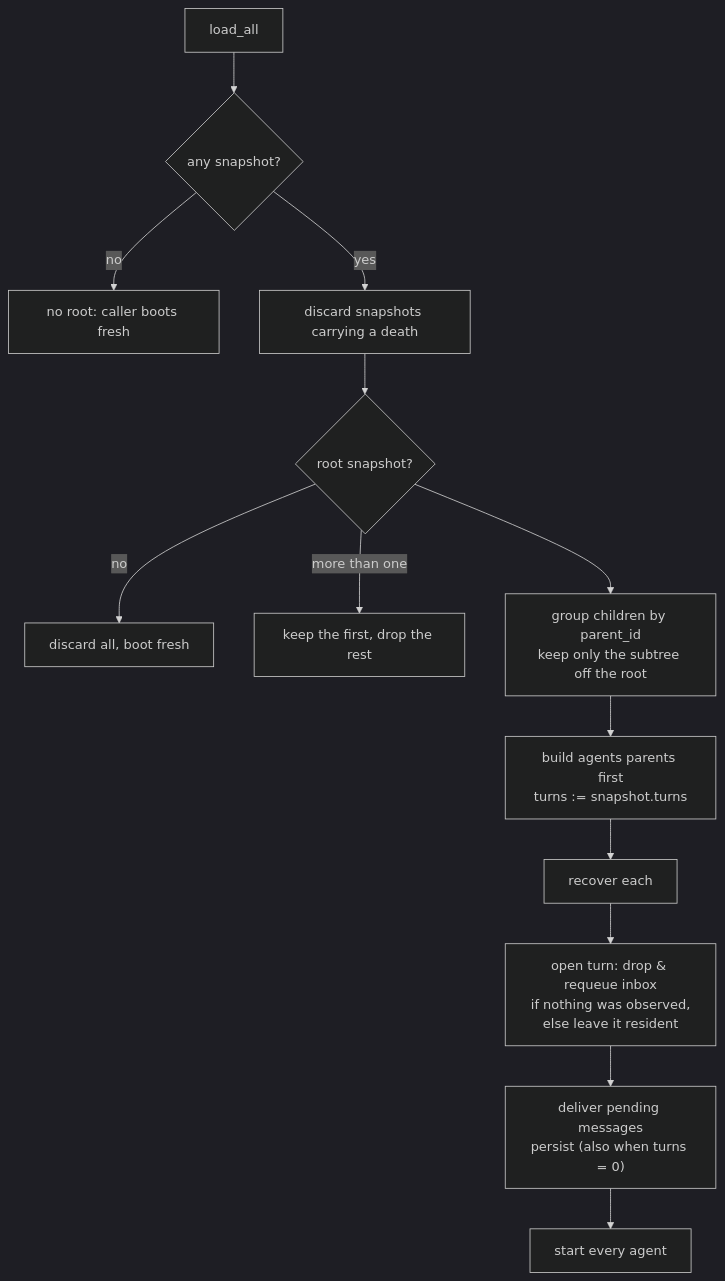
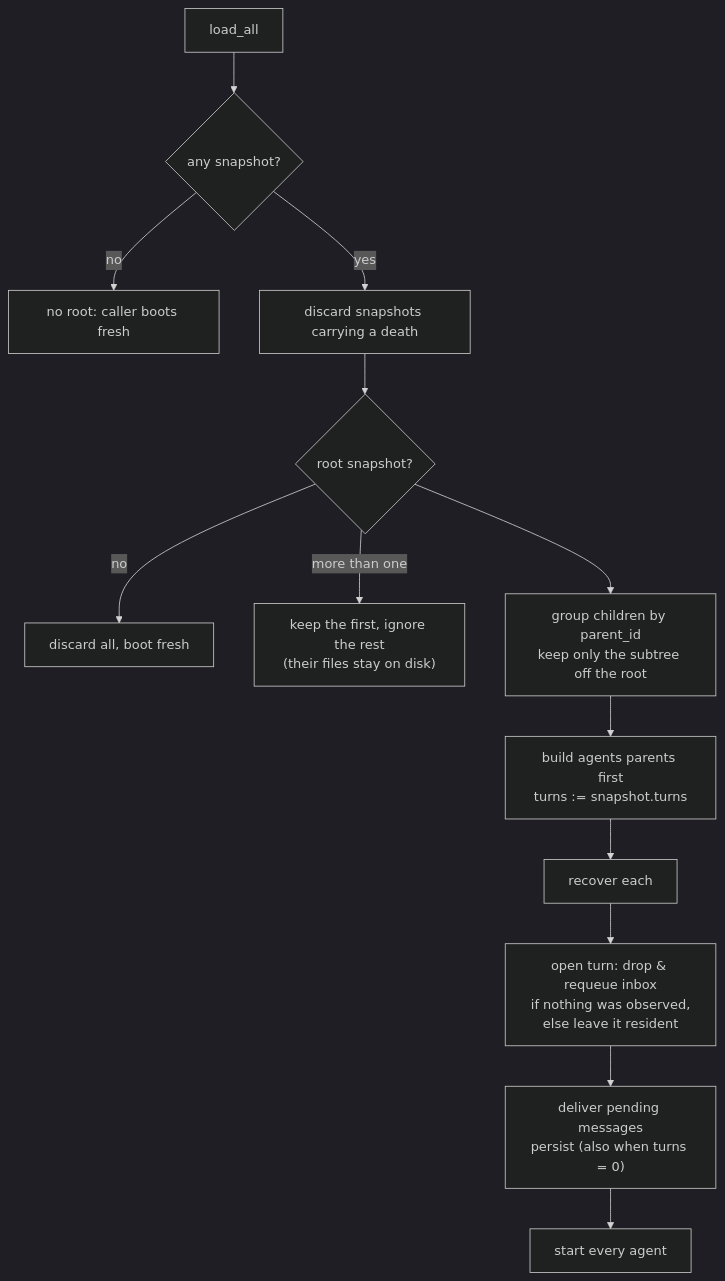
One commit to DarkSpaceY/NAN-itself changed the fifth of 7 diagrams in docs/for-contributors/architecture.md. Above: the diagram before and after it, drawn with Mermaid (dark theme). The commit also changed other lines of this file and 21 other files, not shown here.

````diff
--- a/docs/for-contributors/architecture.md
+++ b/docs/for-contributors/architecture.md
@@ -382,15 +383,15 @@
 ```mermaid
 flowchart TD
     L["load_all"] --> E{"any snapshot?"}
     E -->|no| F["no root: caller boots fresh"]
     E -->|yes| D["discard snapshots carrying a death"]
     D --> R{"root snapshot?"}
     R -->|no| F2["discard all, boot fresh"]
-    R -->|"more than one"| R2["keep the first, drop the rest"]
+    R -->|"more than one"| R2["keep the first, ignore the rest<br/>(their files stay on disk)"]
     R --> T["group children by parent_id<br/>keep only the subtree off the root"]
     T --> B["build agents parents first<br/>turns := snapshot.turns"]
     B --> C["recover each"]
     C --> C1["open turn: drop & requeue inbox<br/>if nothing was observed,<br/>else leave it resident"]
     C1 --> C2["deliver pending messages<br/>persist (also when turns = 0)"]
     C2 --> G["start every agent"]
 ```
````
